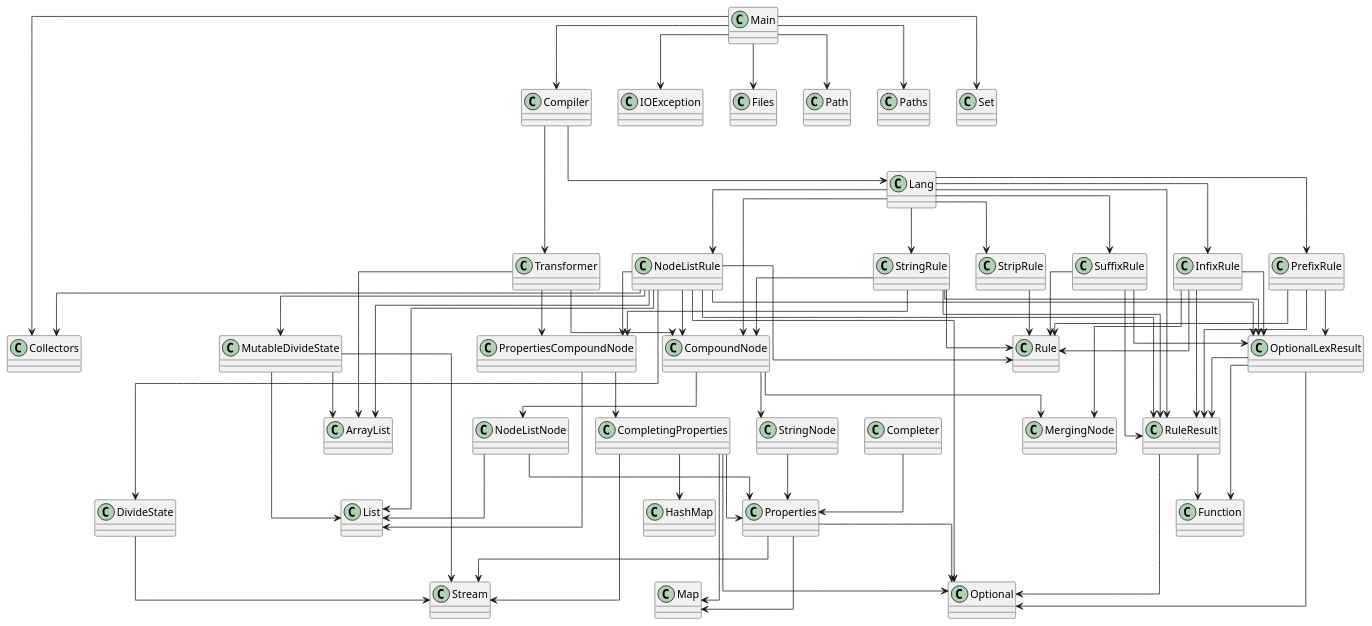
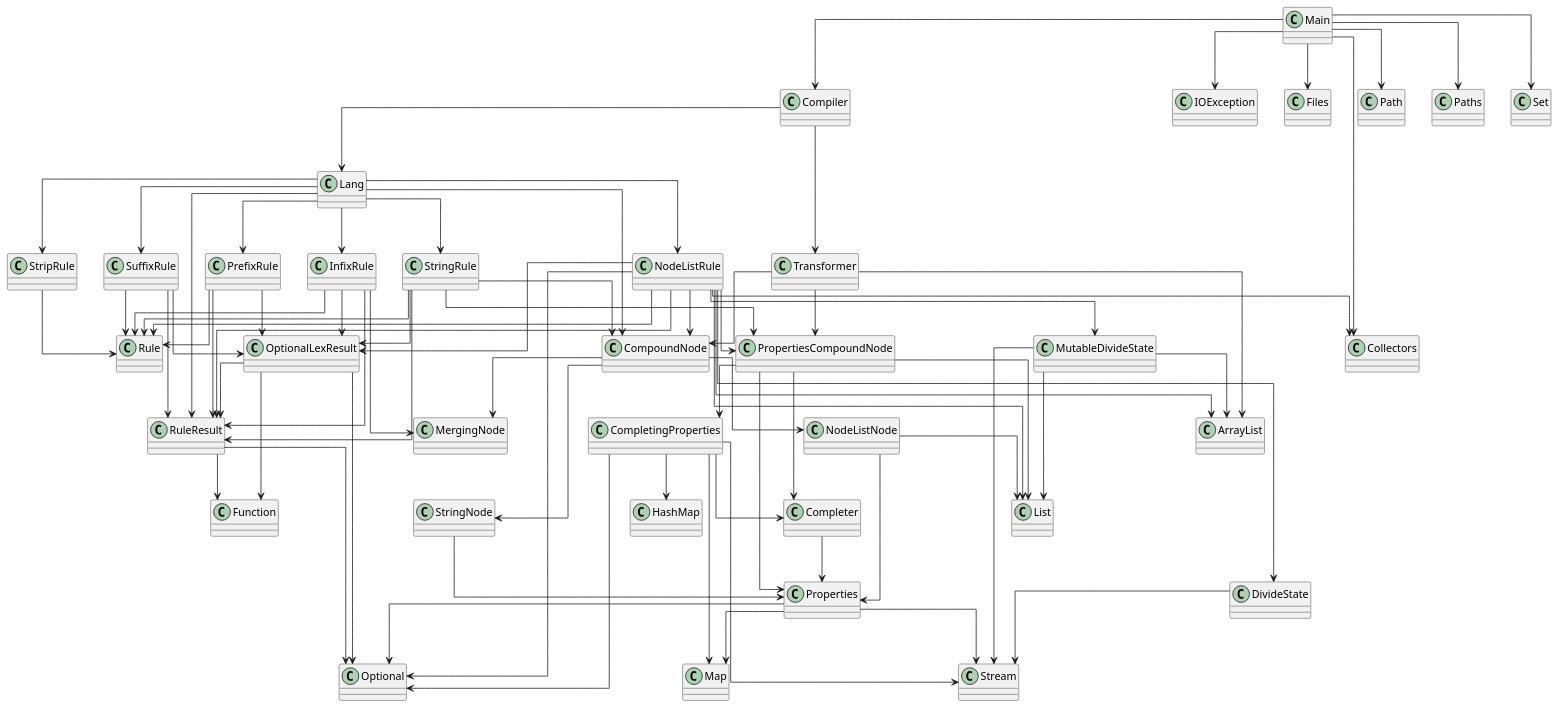
One commit to SirMathhman/Magma changed the diagram in diagram.puml. Above: the diagram before and after it, drawn with PlantUML. The commit also changed 8 other files, not shown here.

```diff
--- a/diagram.puml
+++ b/diagram.puml
@@ -1,99 +1,101 @@
 @startuml
 skinparam linetype ortho
+class Properties
+Properties --> Map
+Properties --> Optional
+Properties --> Stream
 class PropertiesCompoundNode
 PropertiesCompoundNode --> CompletingProperties
+PropertiesCompoundNode --> Properties
+PropertiesCompoundNode --> Completer
 PropertiesCompoundNode --> List
 class Transformer
 Transformer --> CompoundNode
 Transformer --> PropertiesCompoundNode
 Transformer --> ArrayList
 class MutableDivideState
 MutableDivideState --> ArrayList
 MutableDivideState --> List
 MutableDivideState --> Stream
 class InfixRule
 InfixRule --> Rule
 InfixRule --> MergingNode
 InfixRule --> RuleResult
 InfixRule --> OptionalLexResult
 class NodeListRule
 NodeListRule --> Rule
 NodeListRule --> CompoundNode
 NodeListRule --> PropertiesCompoundNode
 NodeListRule --> DivideState
 NodeListRule --> MutableDivideState
 NodeListRule --> RuleResult
 NodeListRule --> OptionalLexResult
 NodeListRule --> ArrayList
 NodeListRule --> List
 NodeListRule --> Optional
 NodeListRule --> Collectors
 class DivideState
 DivideState --> Stream
 class RuleResult
 RuleResult --> Optional
 RuleResult --> Function
 class StripRule
 StripRule --> Rule
 class MergingNode
+class Completer
+Completer --> Properties
 class OptionalLexResult
 OptionalLexResult --> RuleResult
 OptionalLexResult --> Optional
 OptionalLexResult --> Function
-class Properties
-Properties --> Map
-Properties --> Optional
-Properties --> Stream
 class StringRule
 StringRule --> Rule
 StringRule --> CompoundNode
 StringRule --> PropertiesCompoundNode
 StringRule --> RuleResult
 StringRule --> OptionalLexResult
 class Rule
-class Completer
-Completer --> Properties
 class PrefixRule
 PrefixRule --> Rule
 PrefixRule --> RuleResult
 PrefixRule --> OptionalLexResult
 class NodeListNode
 NodeListNode --> Properties
 NodeListNode --> List
 class CompoundNode
 CompoundNode --> MergingNode
 CompoundNode --> NodeListNode
 CompoundNode --> StringNode
-class CompletingProperties
-CompletingProperties --> Properties
-CompletingProperties --> HashMap
-CompletingProperties --> Map
-CompletingProperties --> Optional
-CompletingProperties --> Stream
 class Lang
 Lang --> CompoundNode
 Lang --> NodeListRule
 Lang --> InfixRule
 Lang --> PrefixRule
 Lang --> StringRule
 Lang --> StripRule
 Lang --> SuffixRule
 Lang --> RuleResult
 class Main
 Main --> Compiler
 Main --> IOException
 Main --> Files
 Main --> Path
 Main --> Paths
 Main --> Set
 Main --> Collectors
+class CompletingProperties
+CompletingProperties --> Completer
+CompletingProperties --> HashMap
+CompletingProperties --> Map
+CompletingProperties --> Optional
+CompletingProperties --> Stream
 class SuffixRule
 SuffixRule --> Rule
 SuffixRule --> RuleResult
 SuffixRule --> OptionalLexResult
 class Compiler
 Compiler --> Lang
 Compiler --> Transformer
 class StringNode
 StringNode --> Properties
 @enduml
```
